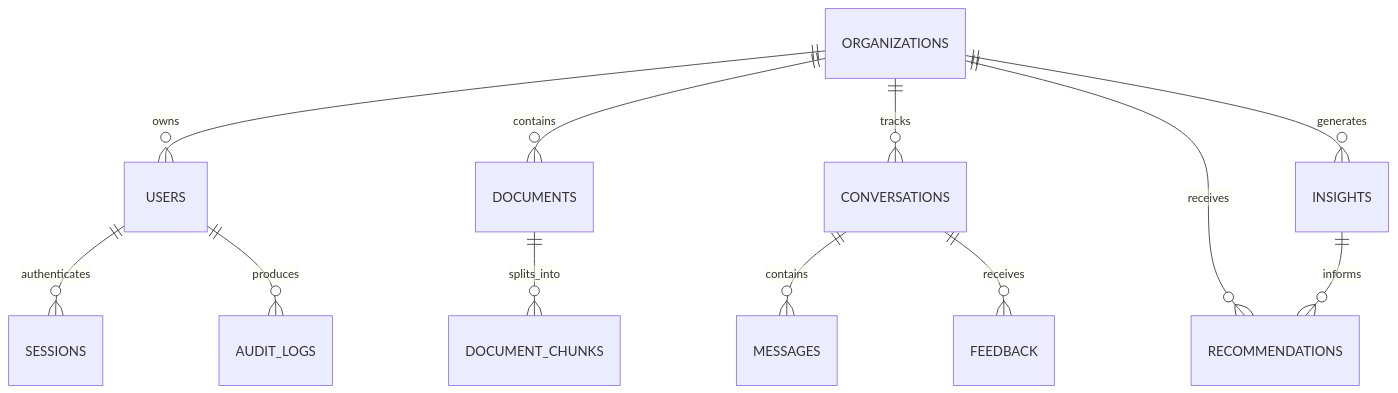
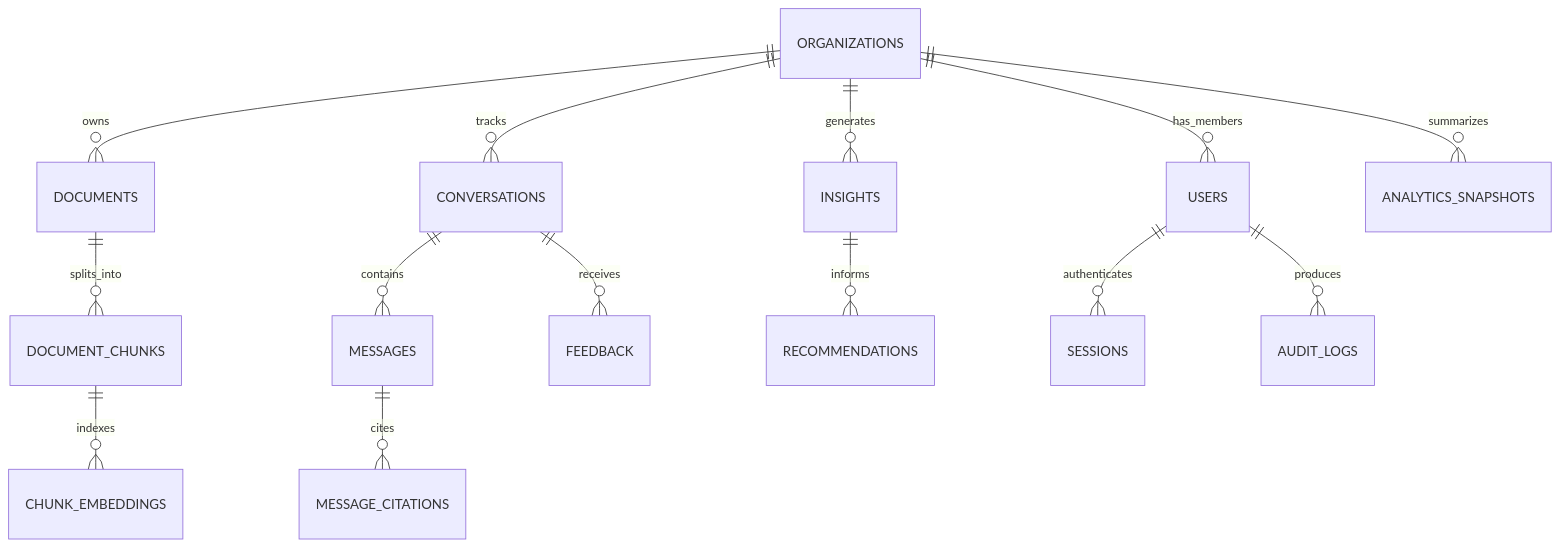
Before and after one commit to prajwal-mhase/FlowZint-AI-Hackathon-2026: the diagram in docs/er-diagram.md, drawn with Mermaid. The commit also changed other lines of this file and 14 other files, not shown here.

````diff
--- a/docs/er-diagram.md
+++ b/docs/er-diagram.md
@@ -5,14 +7,16 @@
 ```mermaid
 erDiagram
-  ORGANIZATIONS ||--o{ USERS : owns
-  ORGANIZATIONS ||--o{ DOCUMENTS : contains
+  ORGANIZATIONS ||--o{ USERS : has_members
+  ORGANIZATIONS ||--o{ DOCUMENTS : owns
   DOCUMENTS ||--o{ DOCUMENT_CHUNKS : splits_into
+  DOCUMENT_CHUNKS ||--o{ CHUNK_EMBEDDINGS : indexes
   ORGANIZATIONS ||--o{ CONVERSATIONS : tracks
   CONVERSATIONS ||--o{ MESSAGES : contains
+  MESSAGES ||--o{ MESSAGE_CITATIONS : cites
   CONVERSATIONS ||--o{ FEEDBACK : receives
   ORGANIZATIONS ||--o{ INSIGHTS : generates
-  ORGANIZATIONS ||--o{ RECOMMENDATIONS : receives
+  INSIGHTS ||--o{ RECOMMENDATIONS : informs
+  ORGANIZATIONS ||--o{ ANALYTICS_SNAPSHOTS : summarizes
   USERS ||--o{ SESSIONS : authenticates
   USERS ||--o{ AUDIT_LOGS : produces
-  INSIGHTS ||--o{ RECOMMENDATIONS : informs
 ```
````
